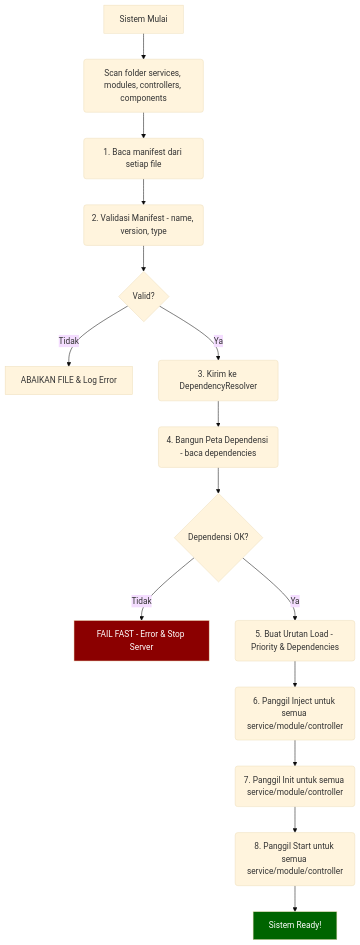
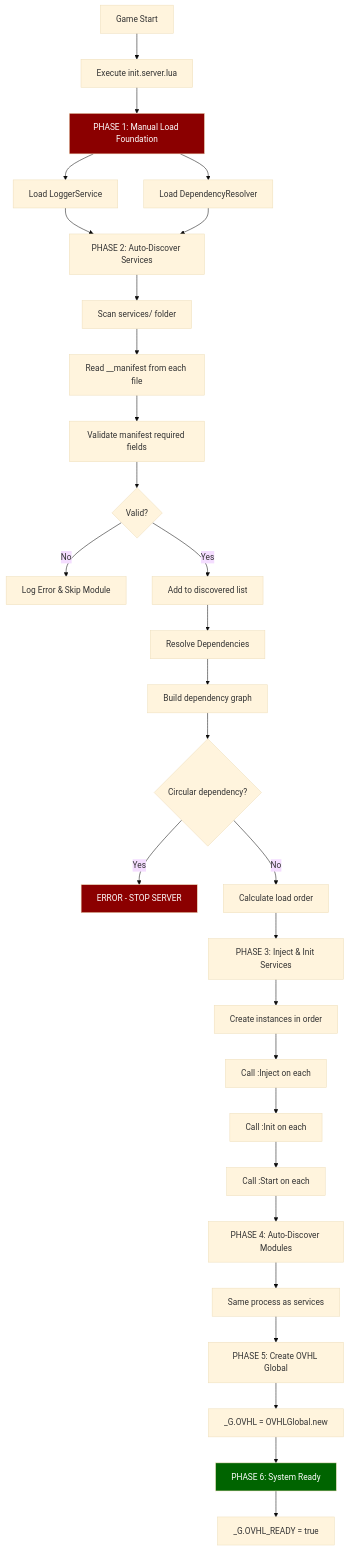
The first of 3 diagrams in docs/blueprint/01_ARCHITECTURE_CORE.md (ovhlstudio/ovhl-core), drawn with Mermaid (base theme) before and after one commit. The commit also changed other lines of this file and 40 other files, not shown here.

````diff
--- a/docs/blueprint/01_ARCHITECTURE_CORE.md
+++ b/docs/blueprint/01_ARCHITECTURE_CORE.md
@@ -114,20 +91,45 @@
 ```mermaid
 graph TD
-    A[Sistem Mulai] --> B(Scan folder services, modules, controllers, components);
-    B --> C(1. Baca manifest dari setiap file);
-    C --> D(2. Validasi Manifest - name, version, type);
-    D --> E{Valid?};
-    E -- Tidak --> F[ABAIKAN FILE & Log Error];
-    E -- Ya --> G(3. Kirim ke DependencyResolver);
-    G --> H(4. Bangun Peta Dependensi - baca dependencies);
-    H --> I{Dependensi OK?};
-    I -- Tidak --> J[FAIL FAST - Error & Stop Server];
-    I -- Ya --> K(5. Buat Urutan Load - Priority & Dependencies);
-    K --> L(6. Panggil Inject untuk semua service/module/controller);
-    L --> M(7. Panggil Init untuk semua service/module/controller);
-    M --> N(8. Panggil Start untuk semua service/module/controller);
-    N --> O[Sistem Ready!];
+    A[Game Start] --> B[Execute init.server.lua]
 
-    style J fill:#8B0000,color:#fff;
-    style O fill:#006400,color:#fff;
+    B --> C[PHASE 1: Manual Load Foundation]
+    C --> C1[Load LoggerService]
+    C --> C2[Load DependencyResolver]
+
+    C1 --> D[PHASE 2: Auto-Discover Services]
+    C2 --> D
+
+    D --> D1[Scan services/ folder]
+    D1 --> D2[Read __manifest from each file]
+    D2 --> D3[Validate manifest required fields]
+    D3 --> D4{Valid?}
+
+    D4 -->|No| D5[Log Error & Skip Module]
+    D4 -->|Yes| D6[Add to discovered list]
+
+    D6 --> E[Resolve Dependencies]
+    E --> E1[Build dependency graph]
+    E1 --> E2{Circular dependency?}
+
+    E2 -->|Yes| E3[ERROR - STOP SERVER]
+    E2 -->|No| E4[Calculate load order]
+
+    E4 --> F[PHASE 3: Inject & Init Services]
+    F --> F1[Create instances in order]
+    F1 --> F2[Call :Inject on each]
+    F2 --> F3[Call :Init on each]
+    F3 --> F4[Call :Start on each]
+
+    F4 --> G[PHASE 4: Auto-Discover Modules]
+    G --> G1[Same process as services]
+
+    G1 --> H[PHASE 5: Create OVHL Global]
+    H --> H1[_G.OVHL = OVHLGlobal.new]
+
+    H1 --> I[PHASE 6: System Ready]
+    I --> I1[_G.OVHL_READY = true]
+
+    style C fill:#8B0000,color:#fff
+    style E3 fill:#8B0000,color:#fff
+    style I fill:#006400,color:#fff
 ```
````
